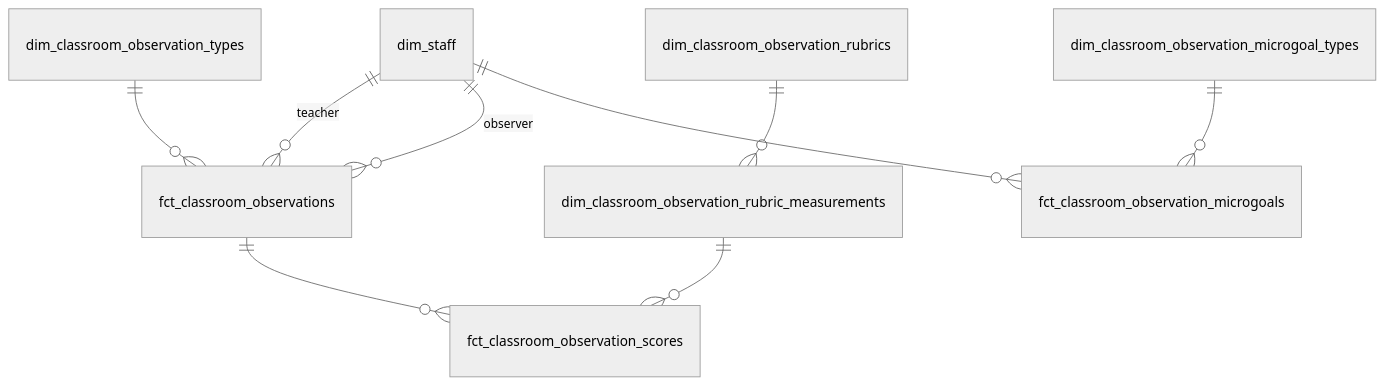
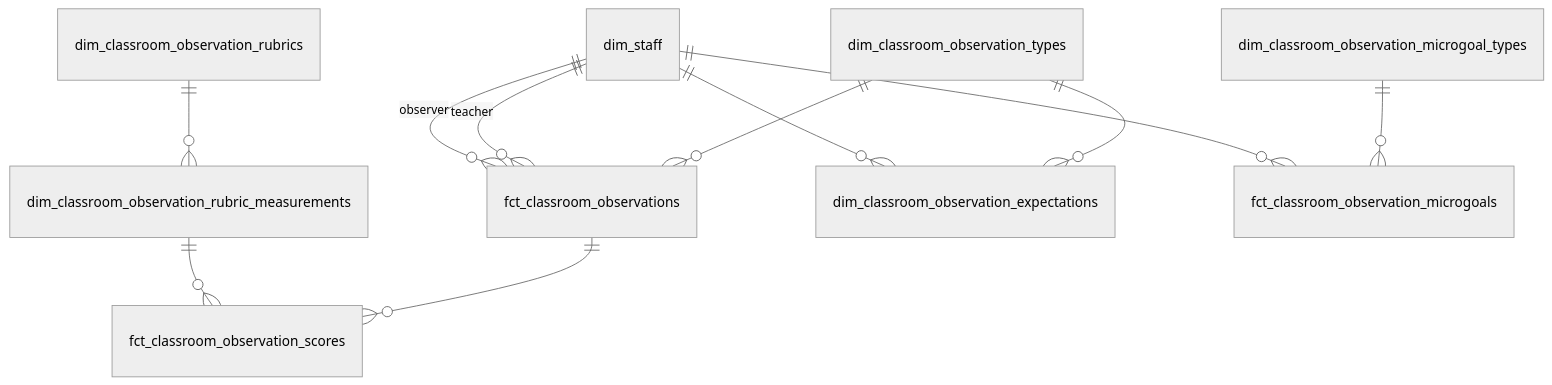
Before and after one commit to TEAMSchools/teamster: the fifth of 10 diagrams in docs/superpowers/specs/2026-03-27-star-schema-data-mart-design.md, drawn with Mermaid (neutral theme). The commit also changed other lines of this file, not shown here.

First line of the commit message:
docs: revise star schema data mart spec per stakeholder feedback

````diff
--- a/docs/superpowers/specs/2026-03-27-star-schema-data-mart-design.md
+++ b/docs/superpowers/specs/2026-03-27-star-schema-data-mart-design.md
@@ -369,11 +451,13 @@
 ```mermaid
 erDiagram
     dim_classroom_observation_rubrics ||--o{ dim_classroom_observation_rubric_measurements : ""
     dim_classroom_observation_types ||--o{ fct_classroom_observations : ""
+    dim_classroom_observation_types ||--o{ dim_classroom_observation_expectations : ""
+    dim_staff ||--o{ dim_classroom_observation_expectations : ""
     dim_staff ||--o{ fct_classroom_observations : "teacher"
     dim_staff ||--o{ fct_classroom_observations : "observer"
     fct_classroom_observations ||--o{ fct_classroom_observation_scores : ""
     dim_classroom_observation_rubric_measurements ||--o{ fct_classroom_observation_scores : ""
     dim_classroom_observation_microgoal_types ||--o{ fct_classroom_observation_microgoals : ""
     dim_staff ||--o{ fct_classroom_observation_microgoals : ""
 ```
````
